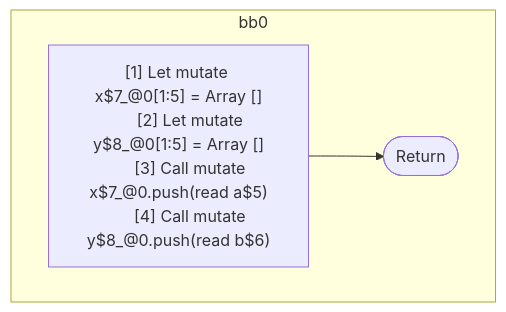
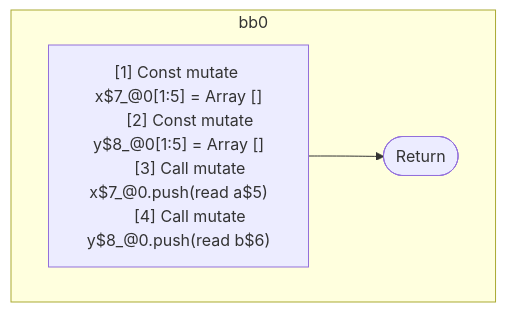
One commit to wutsmog/private changed the diagram in compiler/forget/src/__tests__/fixtures/hir/overlapping-scopes-interleaved.expect.md. Above: the diagram before and after it, drawn with Mermaid. The commit also changed other lines of this file and 61 other files, not shown here.

````diff
--- a/compiler/forget/src/__tests__/fixtures/hir/overlapping-scopes-interleaved.expect.md
+++ b/compiler/forget/src/__tests__/fixtures/hir/overlapping-scopes-interleaved.expect.md
@@ -30,16 +30,16 @@
 ```mermaid
 flowchart TB
   %% Basic Blocks
   subgraph bb0
     bb0_instrs["
-      [1] Let mutate x$7_@0[1:5] = Array []
-      [2] Let mutate y$8_@0[1:5] = Array []
+      [1] Const mutate x$7_@0[1:5] = Array []
+      [2] Const mutate y$8_@0[1:5] = Array []
       [3] Call mutate x$7_@0.push(read a$5)
       [4] Call mutate y$8_@0.push(read b$6)
     "]
     bb0_instrs --> bb0_terminal(["Return"])
   end
 
   %% Jumps
   %% empty
 ```
````
